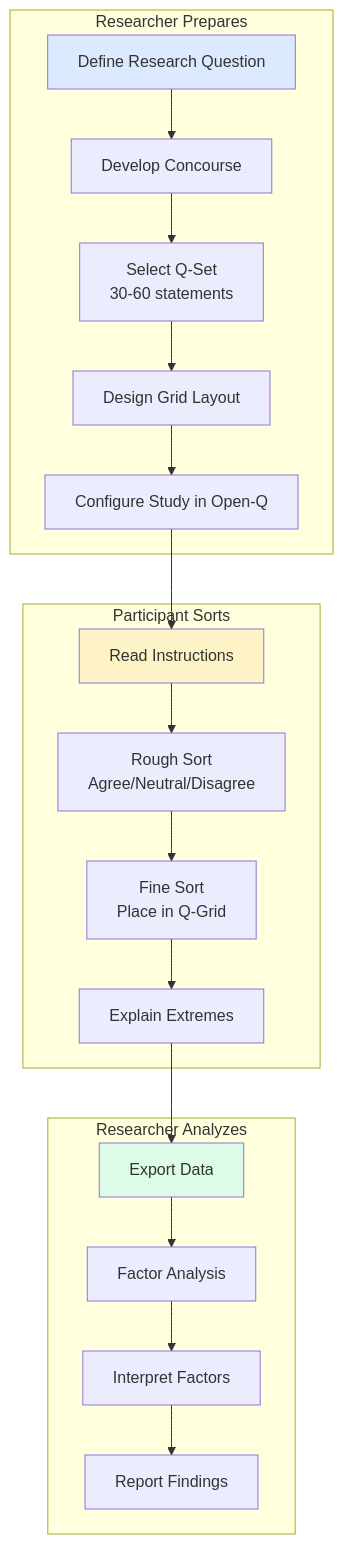
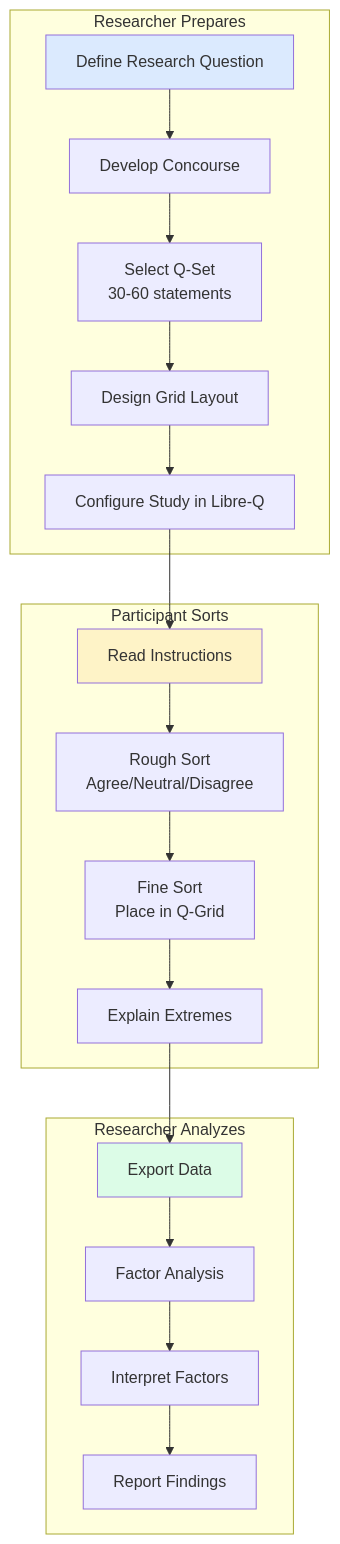
Before and after one commit to jvastenaekels/qualis: the diagram in docs/explanation/q-methodology.md, drawn with Mermaid. The commit also changed other lines of this file and 35 other files, not shown here.

````diff
--- a/docs/explanation/q-methodology.md
+++ b/docs/explanation/q-methodology.md
@@ -25,28 +25,28 @@
 ```mermaid
 flowchart TD
     subgraph "Researcher Prepares"
         A[Define Research Question] --> B[Develop Concourse]
         B --> C[Select Q-Set<br/>30-60 statements]
         C --> D[Design Grid Layout]
-        D --> E[Configure Study in Open-Q]
+        D --> E[Configure Study in Libre-Q]
     end
 
     subgraph "Participant Sorts"
         F[Read Instructions] --> G[Rough Sort<br/>Agree/Neutral/Disagree]
         G --> H[Fine Sort<br/>Place in Q-Grid]
         H --> I[Explain Extremes]
     end
 
     subgraph "Researcher Analyzes"
         J[Export Data] --> K[Factor Analysis]
         K --> L[Interpret Factors]
         L --> M[Report Findings]
     end
 
     E --> F
     I --> J
 
     style A fill:#dbeafe
     style F fill:#fef3c7
     style J fill:#dcfce7
 ```
````
